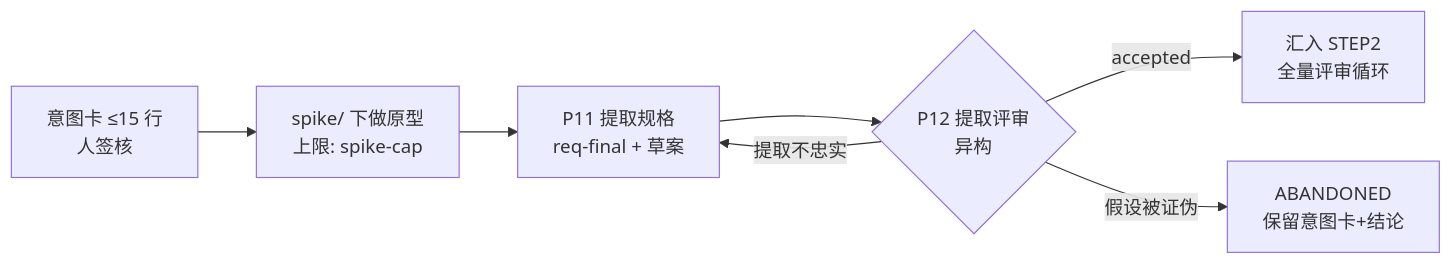
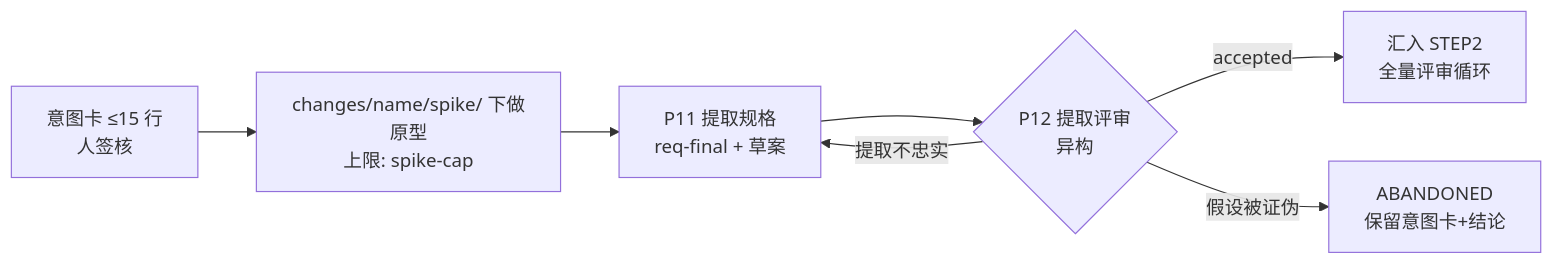
The first of 2 diagrams in docs/concepts_cn.md (Apriorhythm/apriori-spec-development), drawn with Mermaid before and after one commit. The commit also changed other lines of this file and 29 other files, not shown here.

````diff
--- a/docs/concepts_cn.md
+++ b/docs/concepts_cn.md
@@ -264,9 +264,9 @@
 ```mermaid
 graph LR
-    IC[意图卡 ≤15 行<br/>人签核] --> SP[spike/ 下做原型<br/>上限: spike-cap]
+    IC[意图卡 ≤15 行<br/>人签核] --> SP[changes/name/spike/ 下做原型<br/>上限: spike-cap]
     SP --> P11[P11 提取规格<br/>req-final + 草案]
     P11 --> P12{P12 提取评审<br/>异构}
     P12 -- accepted --> S2[汇入 STEP2<br/>全量评审循环]
     P12 -- 提取不忠实 --> P11
     P12 -- 假设被证伪 --> AB[ABANDONED<br/>保留意图卡+结论]
 ```
````
